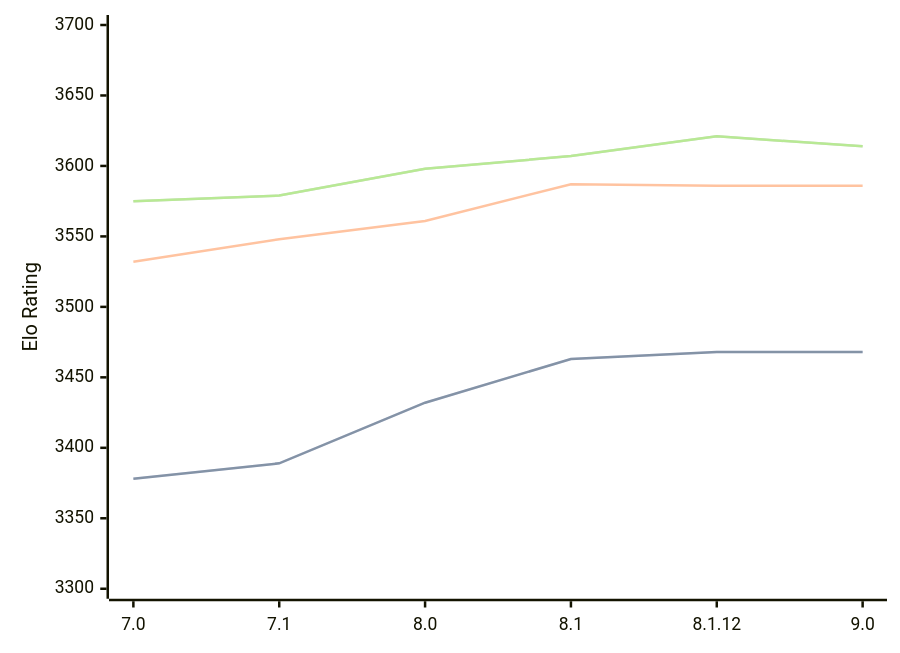
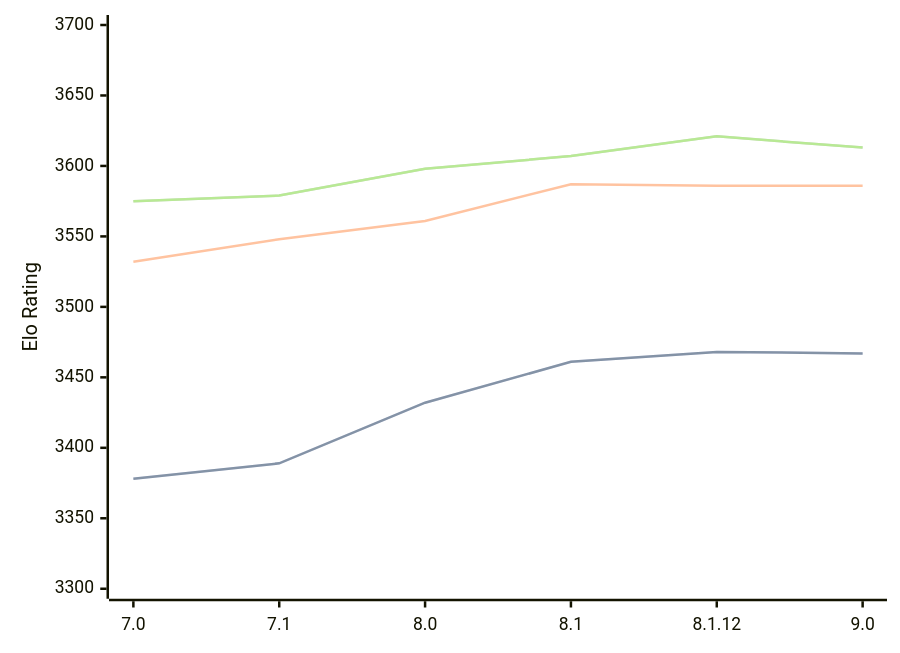
Before and after one commit to computer-chess-index/cci: the diagram in engines/Alexandria.md, drawn with Mermaid. The commit also changed other lines of this file, not shown here.

Commit message:
Update CCI Ratings (ELO VLTC) - 2026-03-05

````diff
--- a/engines/Alexandria.md
+++ b/engines/Alexandria.md
@@ -53,11 +53,11 @@
 ```mermaid
 %%{init: {"theme":"base","themeVariables":{"seriesColors:['#a3a3a3','#222221','#faa371']}}}%%
 xychart-beta
   x-axis ["7.0", "7.1", "8.0", "8.1", "8.1.12", "9.0"]
   y-axis "Elo Rating" 3300 --> 3700
-  line "STC (8.0+0.08s)" [3378, 3389, 3432, 3463, 3468, 3468]
-  line "STC (8.0+0.08s)" [3378, 3389, 3432, 3463, 3468, 3468]
+  line "STC (8.0+0.08s)" [3378, 3389, 3432, 3461, 3468, 3467]
+  line "STC (8.0+0.08s)" [3378, 3389, 3432, 3461, 3468, 3467]
   line "LTC (60.0+0.60s)" [3532, 3548, 3561, 3587, 3586, 3586]
-  line "VLTC (2m24s+1.12s)" [3575, 3579, 3598, 3607, 3621, 3614]
-  line "VLTC (2m24s+1.12s)" [3575, 3579, 3598, 3607, 3621, 3614]
+  line "VLTC (2m24s+1.12s)" [3575, 3579, 3598, 3607, 3621, 3613]
+  line "VLTC (2m24s+1.12s)" [3575, 3579, 3598, 3607, 3621, 3613]
 ```
````
